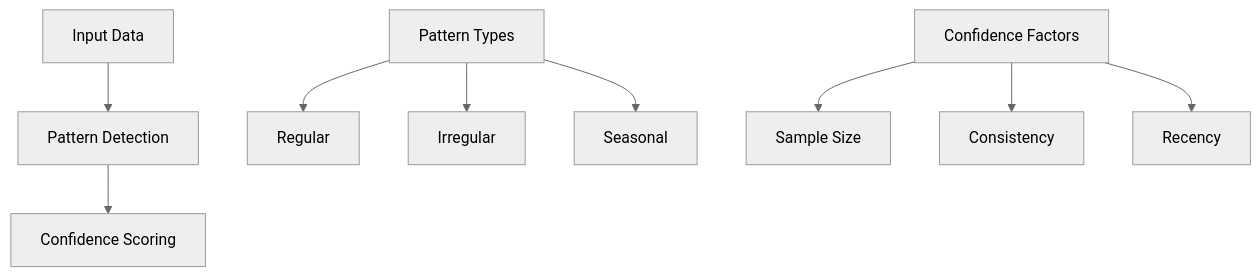
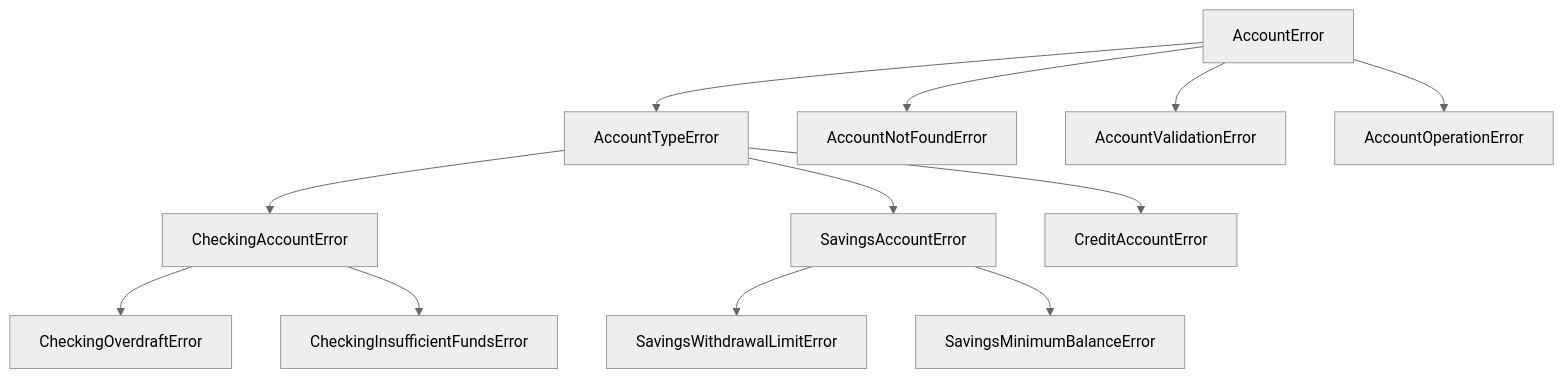
One commit to AstroMined/debtonator changed the seventh of 12 diagrams in docs/system_patterns.md. Above: the diagram before and after it, drawn with Mermaid (neutral theme). The commit also changed other lines of this file and 42 other files, not shown here.

First line of the commit message:
Implement account type error handling system and fix cashflow tests (v0.5.76)

````diff
--- a/docs/system_patterns.md
+++ b/docs/system_patterns.md
@@ -244,13 +209,17 @@
 ```mermaid
 graph TD
-    A[Input Data] --> B[Pattern Detection]
-    B --> C[Confidence Scoring]
+    Base[AccountError] --> TypeA[AccountTypeError]
+    Base --> TypeB[AccountNotFoundError]
+    Base --> TypeC[AccountValidationError]
+    Base --> TypeD[AccountOperationError]
     
-    B1[Pattern Types] --> B2[Regular]
-    B1 --> B3[Irregular]
-    B1 --> B4[Seasonal]
+    TypeA --> SubA1[CheckingAccountError]
+    TypeA --> SubA2[SavingsAccountError]
+    TypeA --> SubA3[CreditAccountError]
     
-    C1[Confidence Factors] --> C2[Sample Size]
-    C1 --> C3[Consistency]
-    C1 --> C4[Recency]
+    SubA1 --> SubA1a[CheckingOverdraftError]
+    SubA1 --> SubA1b[CheckingInsufficientFundsError]
+    
+    SubA2 --> SubA2a[SavingsWithdrawalLimitError]
+    SubA2 --> SubA2b[SavingsMinimumBalanceError]
 ```
````
